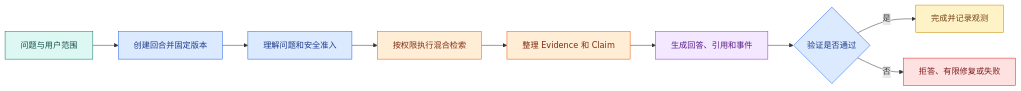
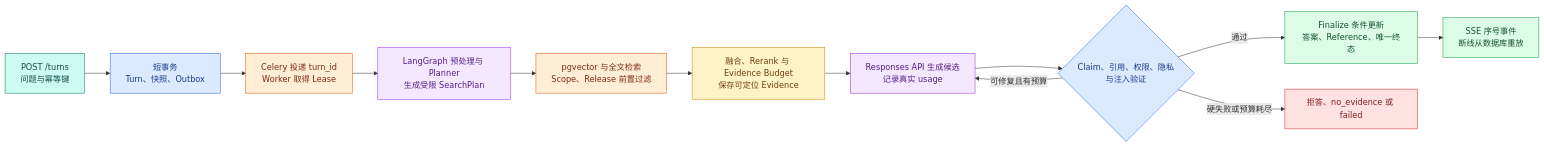
One commit to upJiang/jiang-blog-vitepress changed the diagram in docs/ai-agent/knowledge-agent-capstone.md. Above: the diagram before and after it, drawn with Mermaid. The commit also changed other lines of this file and 341 other files, not shown here.

````diff
--- a/docs/ai-agent/knowledge-agent-capstone.md
+++ b/docs/ai-agent/knowledge-agent-capstone.md
@@ -52,25 +190,21 @@
 ```mermaid
 flowchart LR
-  U[问题与用户范围] --> Q[创建回合并固定版本]
-  Q --> I[理解问题和安全准入]
-  I --> R[按权限执行混合检索]
-  R --> E[整理 Evidence 和 Claim]
-  E --> A[生成回答、引用和事件]
-  A --> V{验证是否通过}
-  V -->|是| D[完成并记录观测]
-  V -->|否| X[拒答、有限修复或失败]
-
-  classDef input fill:#DDF8F2,stroke:#0F766E,color:#134E4A;
-  classDef program fill:#DBEAFE,stroke:#2563EB,color:#1E3A8A;
-  classDef model fill:#F3E8FF,stroke:#9333EA,color:#581C87;
-  classDef tool fill:#FFEDD5,stroke:#EA580C,color:#7C2D12;
-  classDef data fill:#FEF3C7,stroke:#CA8A04,color:#713F12;
-  classDef success fill:#DCFCE7,stroke:#16A34A,color:#14532D;
-  classDef failure fill:#FEE2E2,stroke:#DC2626,color:#7F1D1D;
-  class U input;
-  class Q,I,V program;
-  class R,E tool;
-  class A model;
-  class D data;
-  class X failure;
+  A[POST /turns<br/>问题与幂等键]:::input --> B[短事务<br/>Turn、快照、Outbox]:::program
+  B --> C[Celery 投递 turn_id<br/>Worker 取得 Lease]:::tool
+  C --> D[LangGraph 预处理与 Planner<br/>生成受限 SearchPlan]:::model
+  D --> E[pgvector 与全文检索<br/>Scope、Release 前置过滤]:::tool
+  E --> F[融合、Rerank 与 Evidence Budget<br/>保存可定位 Evidence]:::data
+  F --> G[Responses API 生成候选<br/>记录真实 usage]:::model
+  G --> H{Claim、引用、权限、隐私<br/>与注入验证}:::program
+  H -->|通过| I[Finalize 条件更新<br/>答案、Reference、唯一终态]:::ok
+  H -->|可修复且有预算| G
+  H -->|硬失败或预算耗尽| J[拒答、no_evidence 或 failed]:::bad
+  I --> K[SSE 序号事件<br/>断线从数据库重放]:::ok
+  classDef input fill:#ccfbf1,stroke:#0f766e,color:#134e4a
+  classDef program fill:#dbeafe,stroke:#2563eb,color:#1e3a8a
+  classDef model fill:#f3e8ff,stroke:#9333ea,color:#581c87
+  classDef tool fill:#ffedd5,stroke:#ea580c,color:#7c2d12
+  classDef data fill:#fef3c7,stroke:#ca8a04,color:#713f12
+  classDef ok fill:#dcfce7,stroke:#16a34a,color:#14532d
+  classDef bad fill:#fee2e2,stroke:#dc2626,color:#7f1d1d
 ```
````
